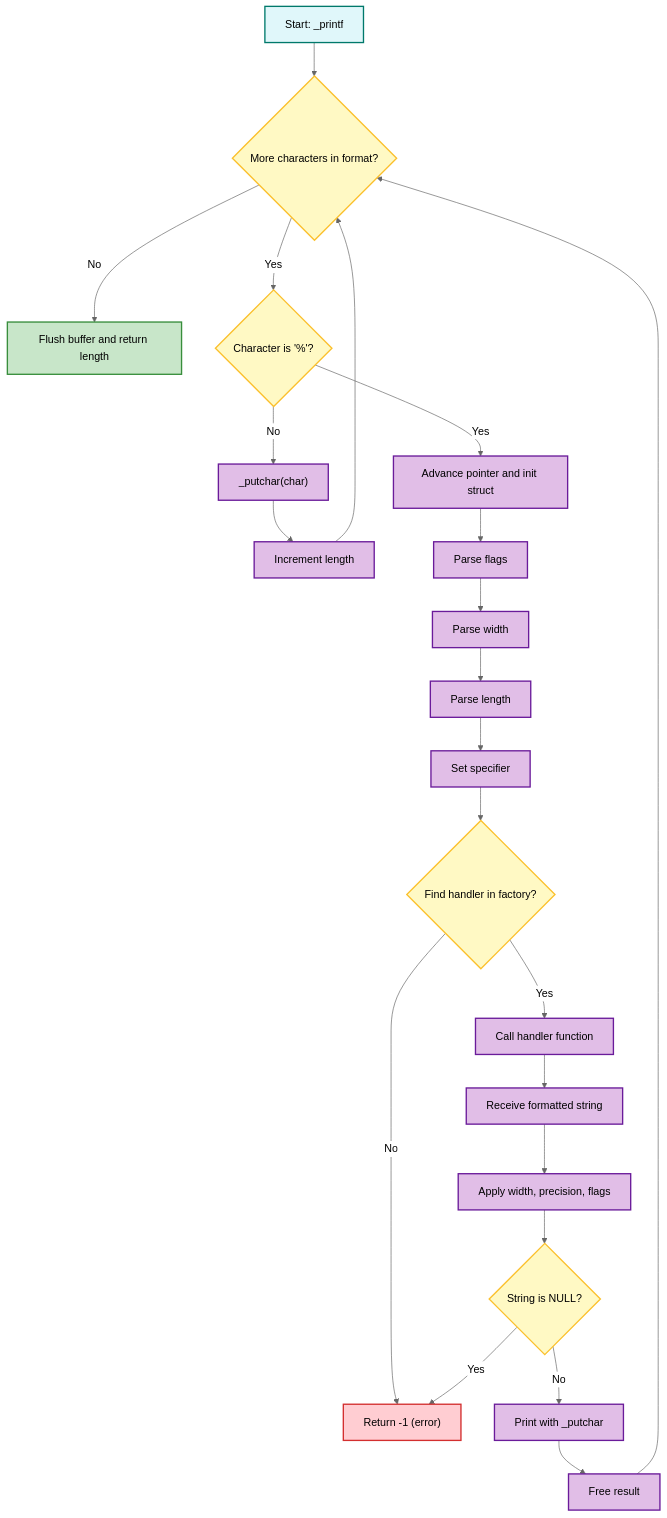
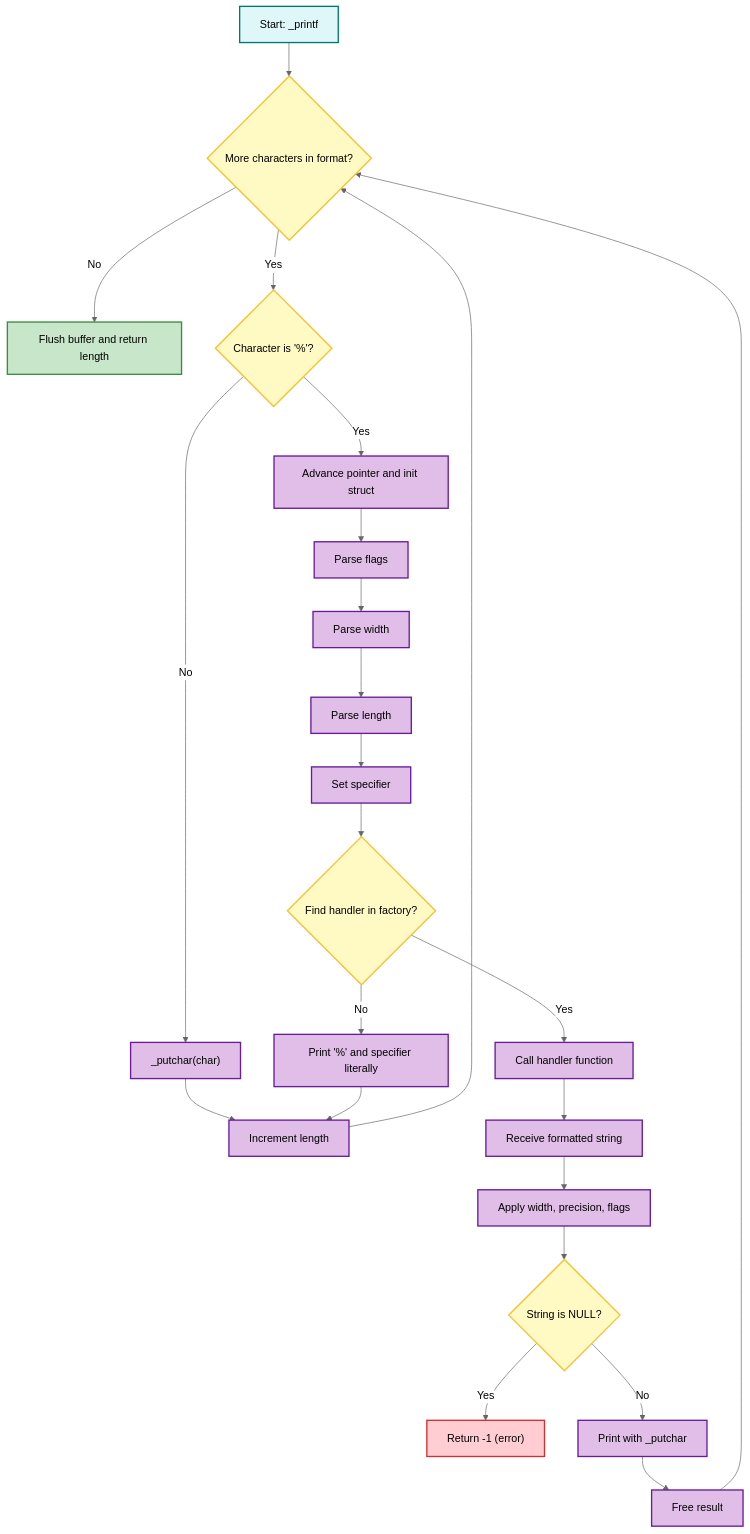
One commit to AdelMej/holbertonschool-printf changed the diagram in README.md. Above: the diagram before and after it, drawn with Mermaid (neutral theme).

Commit message:
fix:flowchart error

````diff
--- a/README.md
+++ b/README.md
@@ -153,46 +153,46 @@
 ```mermaid
 ---
 config:
   layout: dagre
 ---
 flowchart TD
     A["Start: _printf"] --> B{"More characters in format?"}
     B -->|No| Z["Flush buffer and return length"]
     B -->|Yes| C{"Character is '%'?"}
     C -->|No| D["_putchar(char)"]
     D --> E["Increment length"]
     E --> B
 
     C -->|Yes| F["Advance pointer and init struct"]
     F --> G["Parse flags"]
     G --> H["Parse width"]
     H --> I["Parse length"]
     I --> J["Set specifier"]
 
     J --> K{"Find handler in factory?"}
-    K -->|No| Z1["Return -1 (error)"]
-    K -->|Yes| L["Call handler function"]
+    K -->|No| L["Print '%' and specifier literally"]
+    L --> E
+    K -->|Yes| M["Call handler function"]
 
-    L --> M["Receive formatted string"]
-    M --> N["Apply width, precision, flags"]
-    N --> O{"String is NULL?"}
-    O -->|Yes| Z1
-    O -->|No| P["Print with _putchar"]
-    P --> Q["Free result"]
-    Q --> B
+    M --> N["Receive formatted string"]
+    N --> O["Apply width, precision, flags"]
+    O --> P{"String is NULL?"}
+    P -->|Yes| Q["Return -1 (error)"]
+    P -->|No| R["Print with _putchar"]
+    R --> S["Free result"]
+    S --> B
 
     %% Node styling
     classDef start fill:#e0f7fa,stroke:#00796b,stroke-width:2px;
     classDef decision fill:#fff9c4,stroke:#fbc02d,stroke-width:2px;
     classDef action fill:#e1bee7,stroke:#6a1b9a,stroke-width:2px;
     classDef endnode fill:#c8e6c9,stroke:#388e3c,stroke-width:2px;
     classDef errornode fill:#ffcdd2,stroke:#d32f2f,stroke-width:2px;
 
     %% Assign styles to nodes
     class A start;
-    class B,C,K,O decision;
-    class D,E,F,G,H,I,J,L,M,N,P,Q action;
+    class B,C,K,P decision;
+    class D,E,F,G,H,I,J,L,M,N,O,R,S action;
     class Z endnode;
-    class Z1 errornode;
-
+    class Q errornode;
 ```
````
